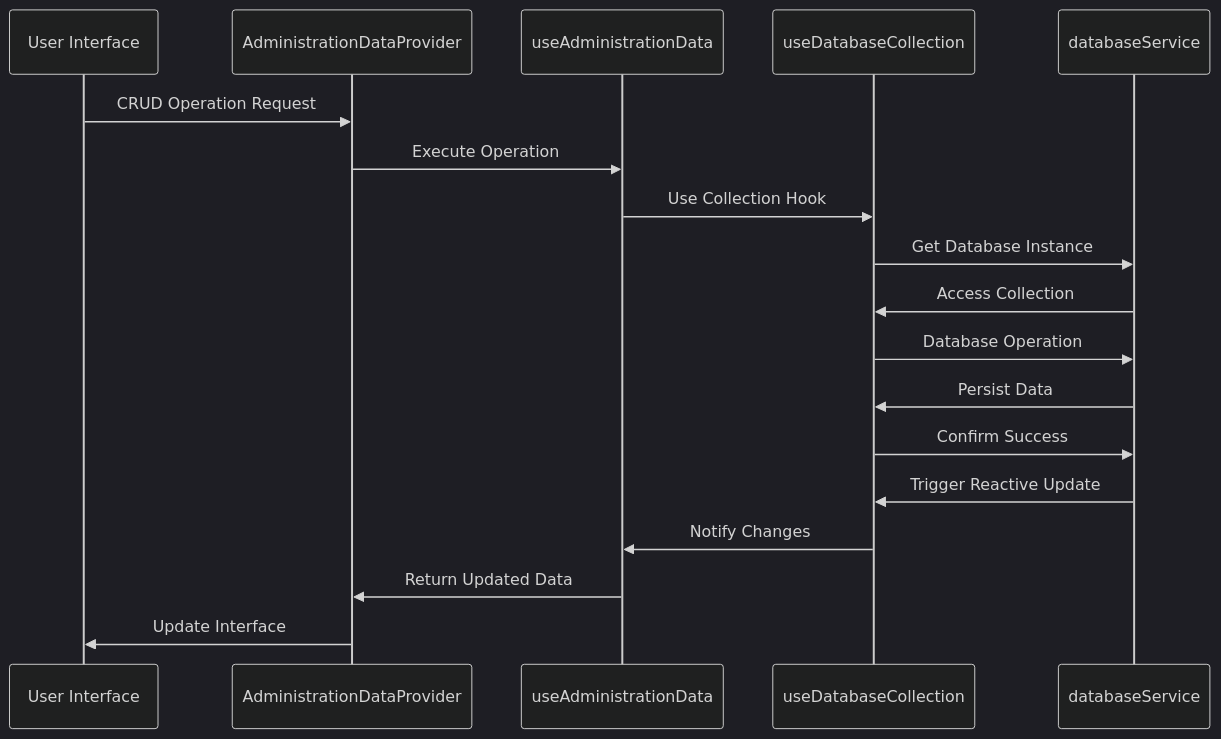
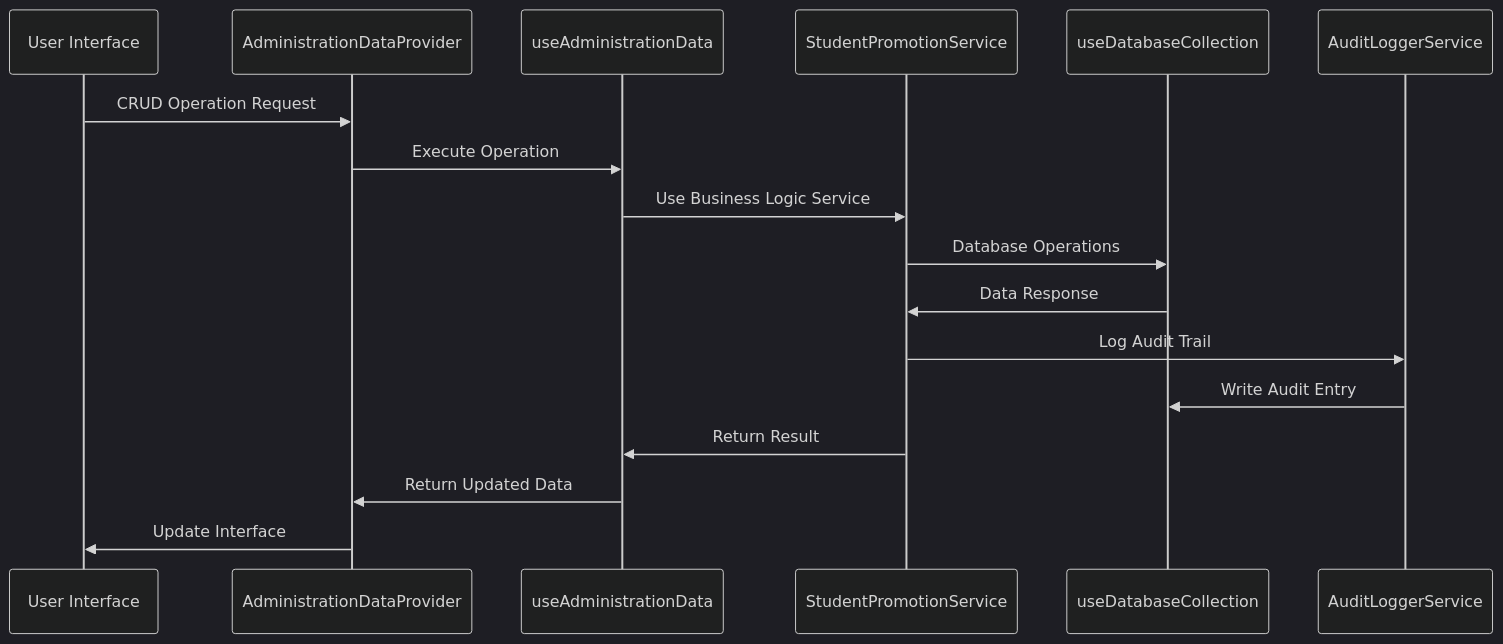
Before and after one commit to geniusdynamics/schoolpilot: the third of 5 diagrams in .qoder/repowiki/en/content/Modules System/Administration Module.md, drawn with Mermaid (dark theme). The commit also changed other lines of this file and 21 other files, not shown here.

````diff
--- a/.qoder/repowiki/en/content/Modules System/Administration Module.md
+++ b/.qoder/repowiki/en/content/Modules System/Administration Module.md
@@ -215,20 +285,19 @@
 ```mermaid
 sequenceDiagram
 participant UI as User Interface
 participant Provider as AdministrationDataProvider
 participant Hook as useAdministrationData
+participant Service as StudentPromotionService
 participant Collection as useDatabaseCollection
-participant Service as databaseService
+participant AuditService as AuditLoggerService
 UI->>Provider : CRUD Operation Request
 Provider->>Hook : Execute Operation
-Hook->>Collection : Use Collection Hook
-Collection->>Service : Get Database Instance
-Service->>Collection : Access Collection
-Collection->>Service : Database Operation
-Service->>Collection : Persist Data
-Collection->>Service : Confirm Success
-Service->>Collection : Trigger Reactive Update
-Collection->>Hook : Notify Changes
+Hook->>Service : Use Business Logic Service
+Service->>Collection : Database Operations
+Collection->>Service : Data Response
+Service->>AuditService : Log Audit Trail
+AuditService->>Collection : Write Audit Entry
+Service->>Hook : Return Result
 Hook->>Provider : Return Updated Data
 Provider->>UI : Update Interface
 ```
````
